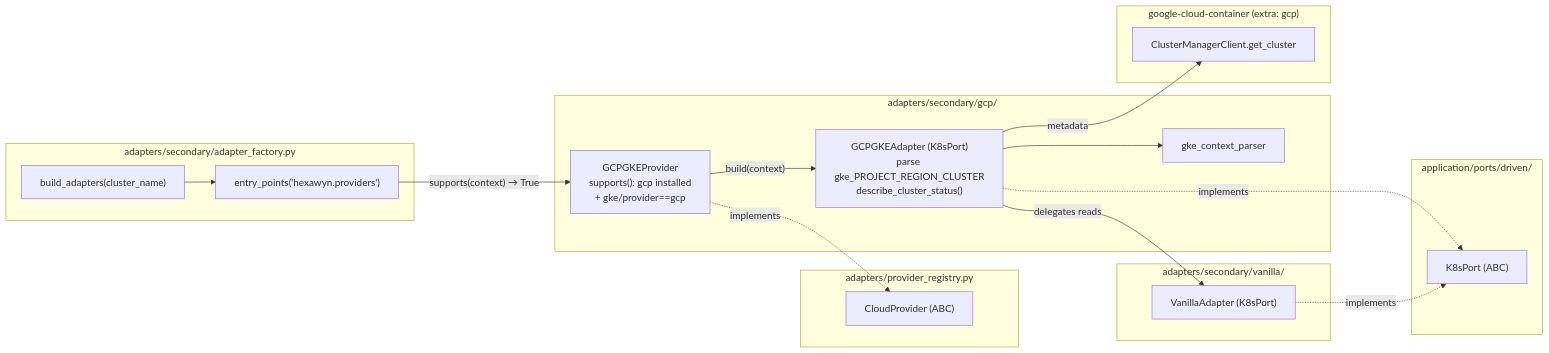
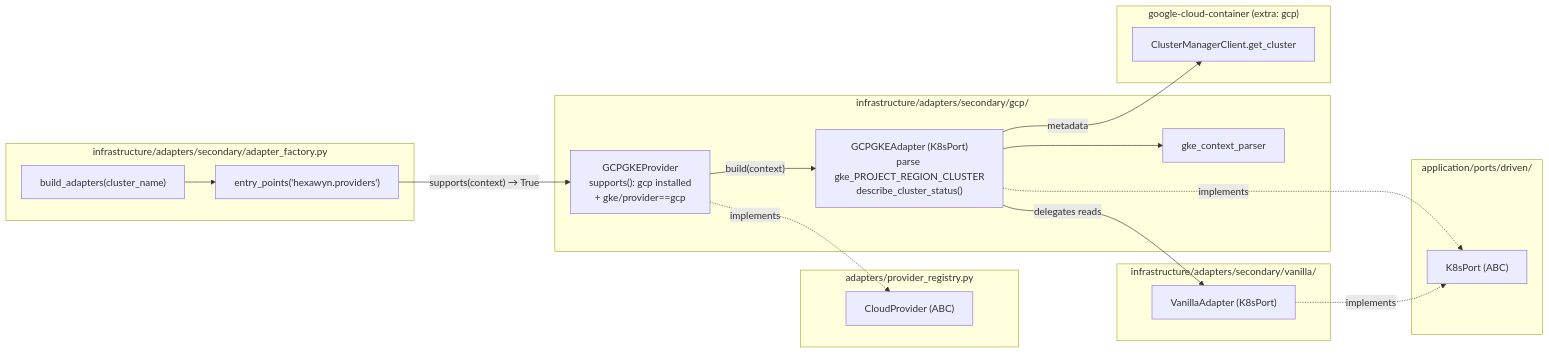
Before and after one commit to hexa-tools/hexawyn: the diagram in docs/architecture/diagrams/components/gcp-gke-provider.md, drawn with Mermaid. The commit also changed other lines of this file and 7533 other files, not shown here.

````diff
--- a/docs/architecture/diagrams/components/gcp-gke-provider.md
+++ b/docs/architecture/diagrams/components/gcp-gke-provider.md
@@ -10,39 +10,39 @@
 ```mermaid
 flowchart LR
-    subgraph Factory["adapters/secondary/adapter_factory.py"]
+    subgraph Factory["infrastructure/adapters/secondary/adapter_factory.py"]
         BA["build_adapters(cluster_name)"]
         EP["entry_points('hexawyn.providers')"]
         BA --> EP
     end
 
     subgraph Registry["adapters/provider_registry.py"]
         CP["CloudProvider (ABC)"]
     end
 
-    subgraph GCP["adapters/secondary/gcp/"]
+    subgraph GCP["infrastructure/adapters/secondary/gcp/"]
         PROV["GCPGKEProvider<br/>supports(): gcp installed<br/>+ gke/provider==gcp"]
         ADAPTER["GCPGKEAdapter (K8sPort)<br/>parse gke_PROJECT_REGION_CLUSTER<br/>describe_cluster_status()"]
         PARSER["gke_context_parser"]
     end
 
-    subgraph Vanilla["adapters/secondary/vanilla/"]
+    subgraph Vanilla["infrastructure/adapters/secondary/vanilla/"]
         VAN["VanillaAdapter (K8sPort)"]
     end
 
     subgraph Port["application/ports/driven/"]
         K8S["K8sPort (ABC)"]
     end
 
     subgraph Google["google-cloud-container (extra: gcp)"]
         GKE["ClusterManagerClient.get_cluster"]
     end
 
     EP -->|"supports(context) → True"| PROV
     PROV -->|"build(context)"| ADAPTER
     PROV -.implements.-> CP
     ADAPTER -.implements.-> K8S
     ADAPTER --> PARSER
     ADAPTER -->|"delegates reads"| VAN
     ADAPTER -->|"metadata"| GKE
     VAN -.implements.-> K8S
 ```
````
